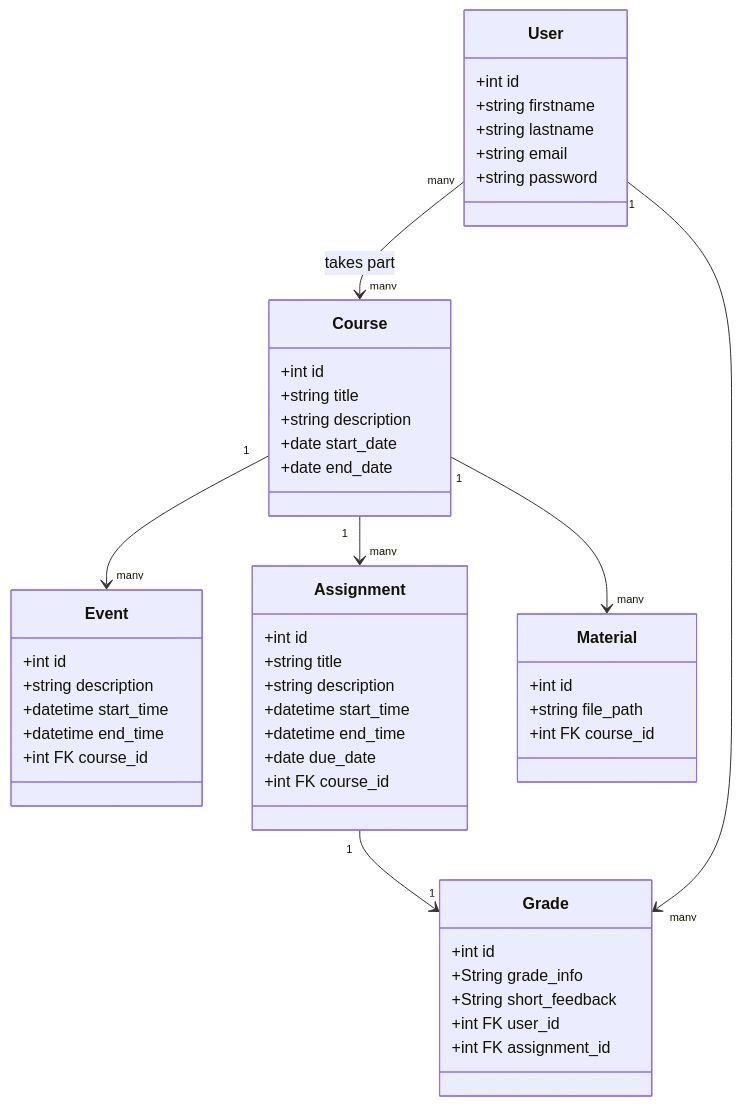
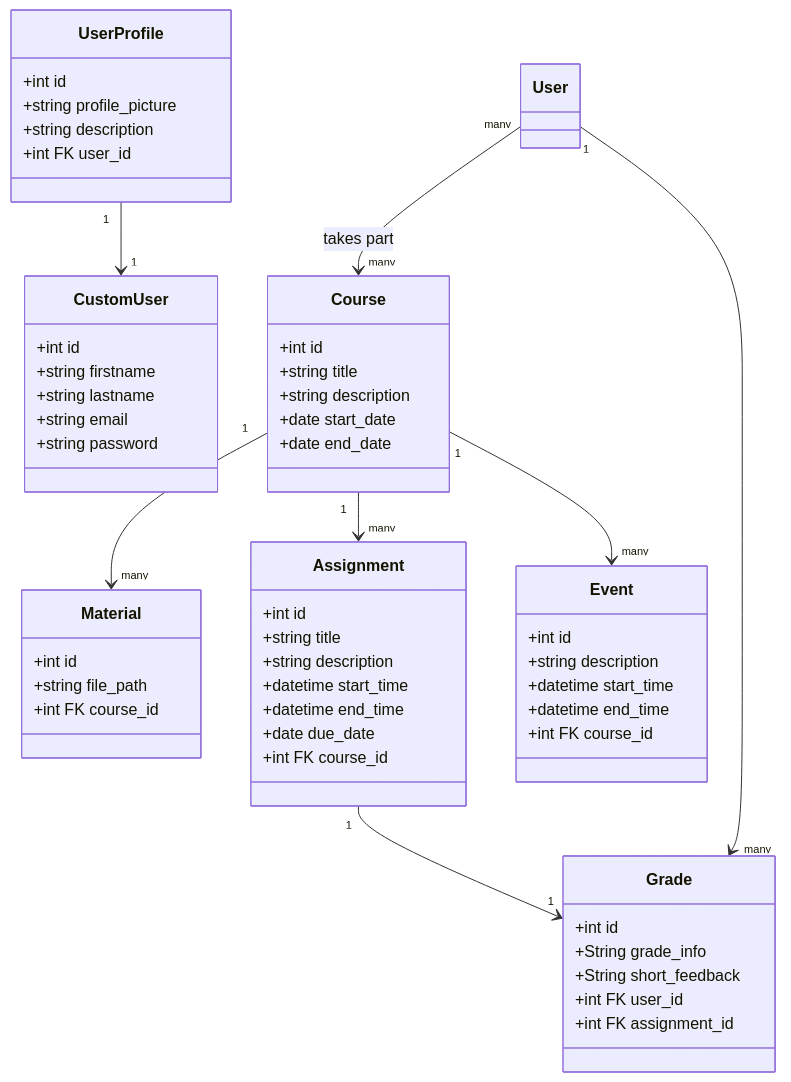
One commit to Johann110/Studurizer-Fallstudie-Software-Engineering changed the diagram in Systemdokumentation/Architektur/Datenmodell/Datenbankmodell.md. Above: the diagram before and after it, drawn with Mermaid. The commit also changed 1 other file, not shown here.

Commit message:
2: Vergessen das Vor / Nachname registiert sein muss

````diff
--- a/Systemdokumentation/Architektur/Datenmodell/Datenbankmodell.md
+++ b/Systemdokumentation/Architektur/Datenmodell/Datenbankmodell.md
@@ -3,61 +3,68 @@
 ```mermaid 
 classDiagram
    class Course {
         +int id
         +string title
         +string description
         +date start_date
         +date end_date
     }
 
-    class User {
+    class CustomUser {
         +int id
         +string firstname
         +string lastname
         +string email
         +string password
+    }
+    
+    class UserProfile {
+        +int id
+        +string profile_picture
+        +string description
+        +int FK user_id
     }
 
    class Event {
         +int id
         +string description
         +datetime start_time
         +datetime end_time
         +int FK course_id
     }
 
     class Assignment {
         +int id
         +string title
         +string description
         +datetime start_time
         +datetime end_time
         +date due_date
         +int FK course_id
     }
 
     class Material {
         +int id
         +string file_path
         +int FK course_id
     }
     
     class Grade {
         +int id
         +String grade_info
         +String short_feedback
         +int FK user_id
         +int FK assignment_id
     }
     
 
 
     %% Beziehungen
     User "many" --> "many" Course : takes part
     Course "1" --> "many" Material
     Course "1" --> "many" Assignment
     Course "1" --> "many" Event
     Assignment "1" --> "1" Grade
     User "1" --> "many" Grade
-
+    UserProfile "1" --> "1" CustomUser
 ```
````
